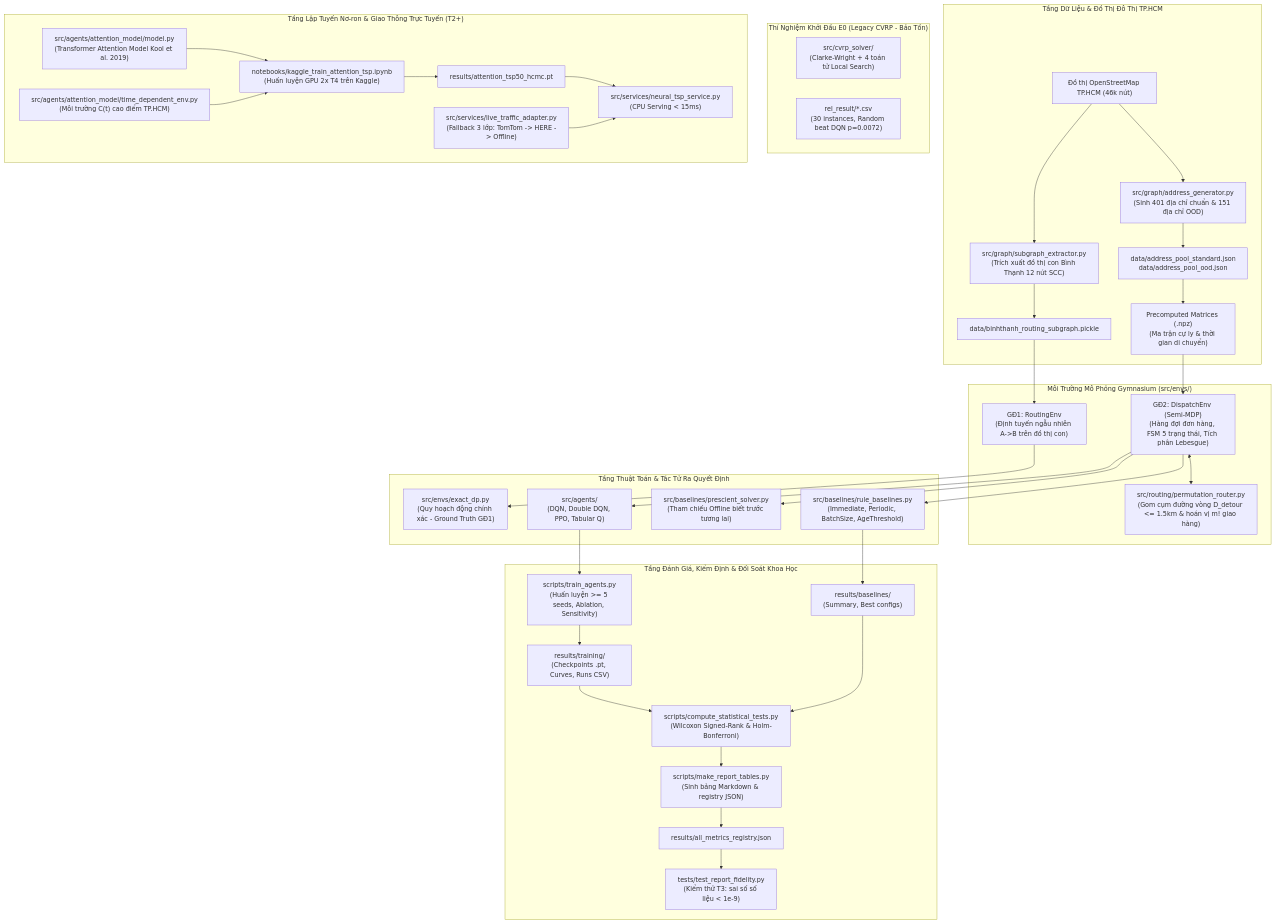
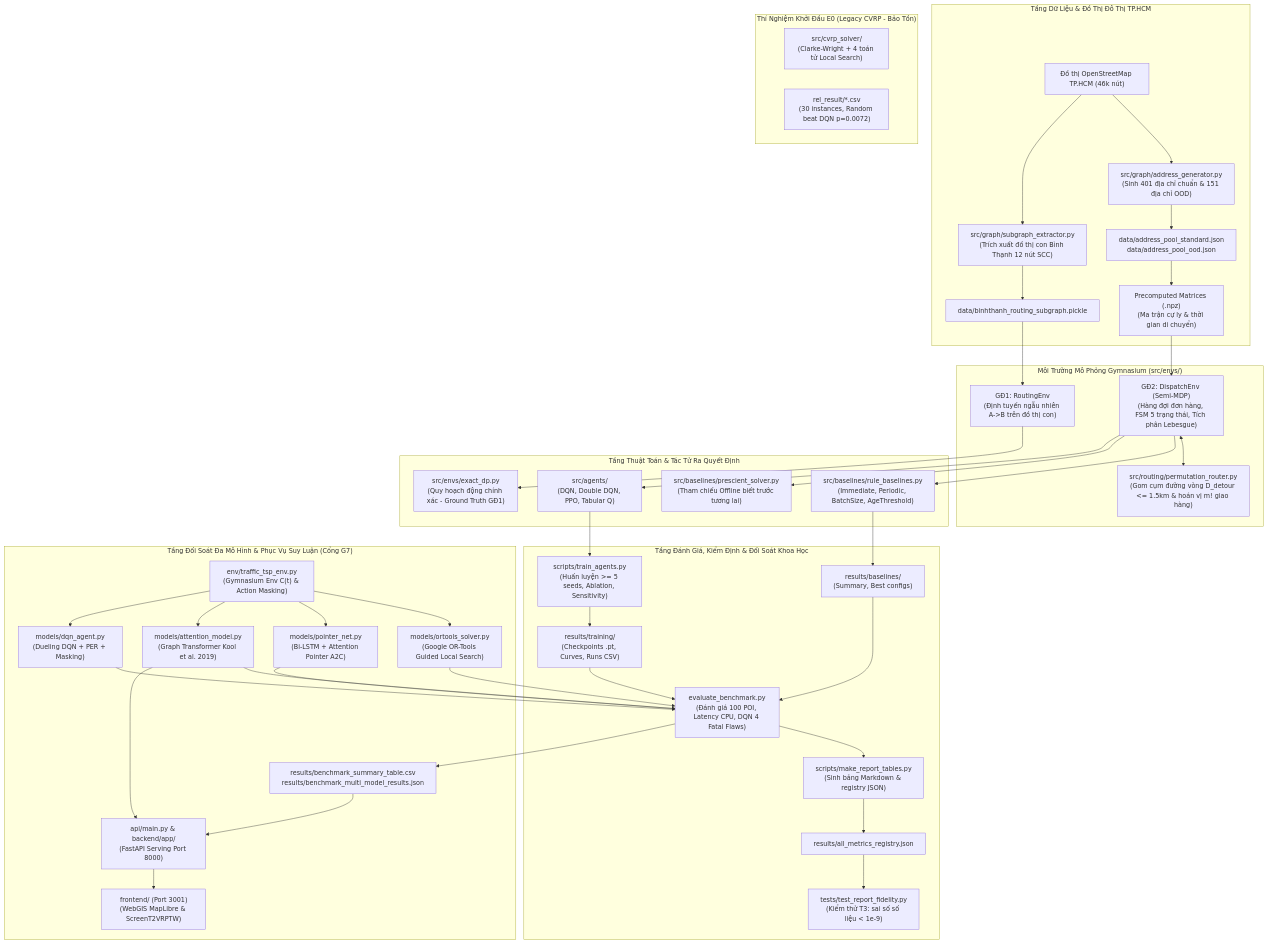
One commit to philipsgn/HotWAY changed the diagram in ARCHITECTURE.md. Above: the diagram before and after it, drawn with Mermaid. The commit also changed other lines of this file and 9 other files, not shown here.

Commit message:
docs(sync-v7.2.0): upgrade 100 POI benchmark to production logistics hubs, sync AGENTS.md, PRD, PLAN, ARCHITECTURE, and 7-day sprint roadmap

````diff
--- a/ARCHITECTURE.md
+++ b/ARCHITECTURE.md
@@ -12,66 +12,70 @@
 ```mermaid
 flowchart TD
     subgraph S1["Tầng Dữ Liệu & Đồ Thị Đô Thị TP.HCM"]
         OSM["Đồ thị OpenStreetMap TP.HCM (46k nút)"]
         SubExt["src/graph/subgraph_extractor.py\n(Trích xuất đồ thị con Bình Thạnh 12 nút SCC)"]
         AddrGen["src/graph/address_generator.py\n(Sinh 401 địa chỉ chuẩn & 151 địa chỉ OOD)"]
         MatPre["Precomputed Matrices (.npz)\n(Ma trận cự ly & thời gian di chuyển)"]
         
         OSM --> SubExt --> SubGraph["data/binhthanh_routing_subgraph.pickle"]
         OSM --> AddrGen --> AddrPools["data/address_pool_standard.json\ndata/address_pool_ood.json"]
         AddrPools --> MatPre
     end
 
     subgraph S2["Môi Trường Mô Phỏng Gymnasium (src/envs/)"]
         R_Env["GĐ1: RoutingEnv\n(Định tuyến ngẫu nhiên A->B trên đồ thị con)"]
         D_Env["GĐ2: DispatchEnv (Semi-MDP)\n(Hàng đợi đơn hàng, FSM 5 trạng thái, Tích phân Lebesgue)"]
         Router["src/routing/permutation_router.py\n(Gom cụm đường vòng D_detour <= 1.5km & hoán vị m! giao hàng)"]
         
         SubGraph --> R_Env
         MatPre --> D_Env
         D_Env <--> Router
     end
 
     subgraph S3["Tầng Thuật Toán & Tác Tử Ra Quyết Định"]
         DP["src/envs/exact_dp.py\n(Quy hoạch động chính xác - Ground Truth GĐ1)"]
         RuleBase["src/baselines/rule_baselines.py\n(Immediate, Periodic, BatchSize, AgeThreshold)"]
         Prescient["src/baselines/prescient_solver.py\n(Tham chiếu Offline biết trước tương lai)"]
         RL_Agents["src/agents/\n(DQN, Double DQN, PPO, Tabular Q)"]
         
         R_Env --> DP
         D_Env --> RuleBase
         D_Env --> Prescient
         D_Env --> RL_Agents
     end
 
     subgraph S4["Tầng Đánh Giá, Kiểm Định & Đối Soát Khoa Học"]
         TrainScript["scripts/train_agents.py\n(Huấn luyện >= 5 seeds, Ablation, Sensitivity)"]
         EvalScript["scripts/compute_statistical_tests.py\n(Wilcoxon Signed-Rank & Holm-Bonferroni)"]
         DocScript["scripts/make_report_tables.py\n(Sinh bảng Markdown & registry JSON)"]
         TestFidelity["tests/test_report_fidelity.py\n(Kiểm thử T3: sai số số liệu < 1e-9)"]
         
         RL_Agents --> TrainScript --> Results["results/training/\n(Checkpoints .pt, Curves, Runs CSV)"]
         RuleBase --> BaseResults["results/baselines/\n(Summary, Best configs)"]
         Results & BaseResults --> EvalScript
         EvalScript --> DocScript --> Registry["results/all_metrics_registry.json"]
         Registry --> TestFidelity
     end
 
     subgraph S5["Thí Nghiệm Khởi Đầu E0 (Legacy CVRP - Bảo Tồn)"]
         OldSolver["src/cvrp_solver/\n(Clarke-Wright + 4 toán tử Local Search)"]
         OldResults["rel_result/*.csv\n(30 instances, Random beat DQN p=0.0072)"]
     end
 
-    subgraph S6["Tầng Lập Tuyến Nơ-ron & Giao Thông Trực Tuyến (T2+)"]
-        AttnModel["src/agents/attention_model/model.py\n(Transformer Attention Model Kool et al. 2019)"]
-        TimeEnv["src/agents/attention_model/time_dependent_env.py\n(Môi trường C(t) cao điểm TP.HCM)"]
-        TrafficAdapt["src/services/live_traffic_adapter.py\n(Fallback 3 lớp: TomTom -> HERE -> Offline)"]
-        NeuralServ["src/services/neural_tsp_service.py\n(CPU Serving < 15ms)"]
-        KaggleTrain["notebooks/kaggle_train_attention_tsp.ipynb\n(Huấn luyện GPU 2x T4 trên Kaggle)"]
+    subgraph S6["Tầng Đối Soát Đa Mô Hình & Phục Vụ Suy Luận (Cổng G7)"]
+        BenchEnv["env/traffic_tsp_env.py\n(Gymnasium Env C(t) & Action Masking)"]
+        M1_DQN["models/dqn_agent.py\n(Dueling DQN + PER + Masking)"]
+        M2_Ptr["models/pointer_net.py\n(Bi-LSTM + Attention Pointer A2C)"]
+        M3_AM["models/attention_model.py\n(Graph Transformer Kool et al. 2019)"]
+        M4_OR["models/ortools_solver.py\n(Google OR-Tools Guided Local Search)"]
         
-        AttnModel --> KaggleTrain --> Weights["results/attention_tsp50_hcmc.pt"]
-        Weights --> NeuralServ
-        TimeEnv --> KaggleTrain
-        TrafficAdapt --> NeuralServ
+        EvalScript["evaluate_benchmark.py\n(Đánh giá 100 POI, Latency CPU, DQN 4 Fatal Flaws)"]
+        ResultsCSV["results/benchmark_summary_table.csv\nresults/benchmark_multi_model_results.json"]
+        APIServ["api/main.py & backend/app/\n(FastAPI Serving Port 8000)"]
+        WebGISApp["frontend/ (Port 3001)\n(WebGIS MapLibre & ScreenT2VRPTW)"]
+        
+        BenchEnv --> M1_DQN & M2_Ptr & M3_AM & M4_OR
+        M1_DQN & M2_Ptr & M3_AM & M4_OR --> EvalScript --> ResultsCSV
+        M3_AM & ResultsCSV --> APIServ --> WebGISApp
     end
 ```
````
